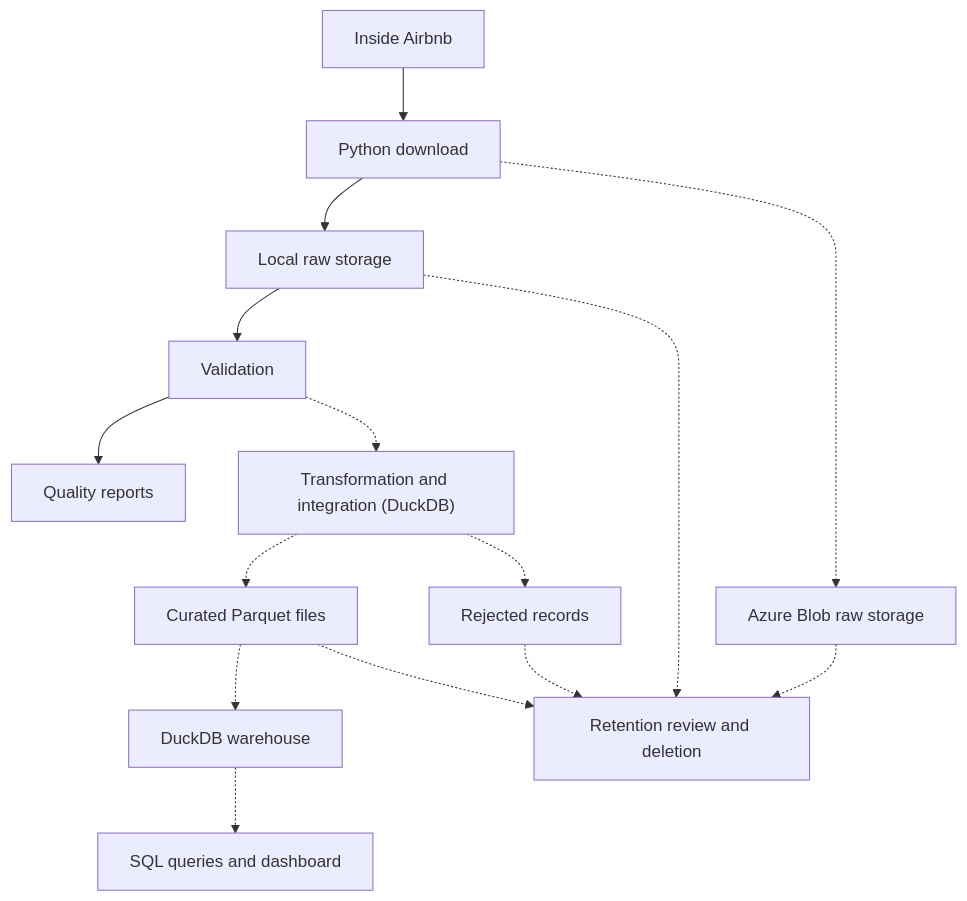
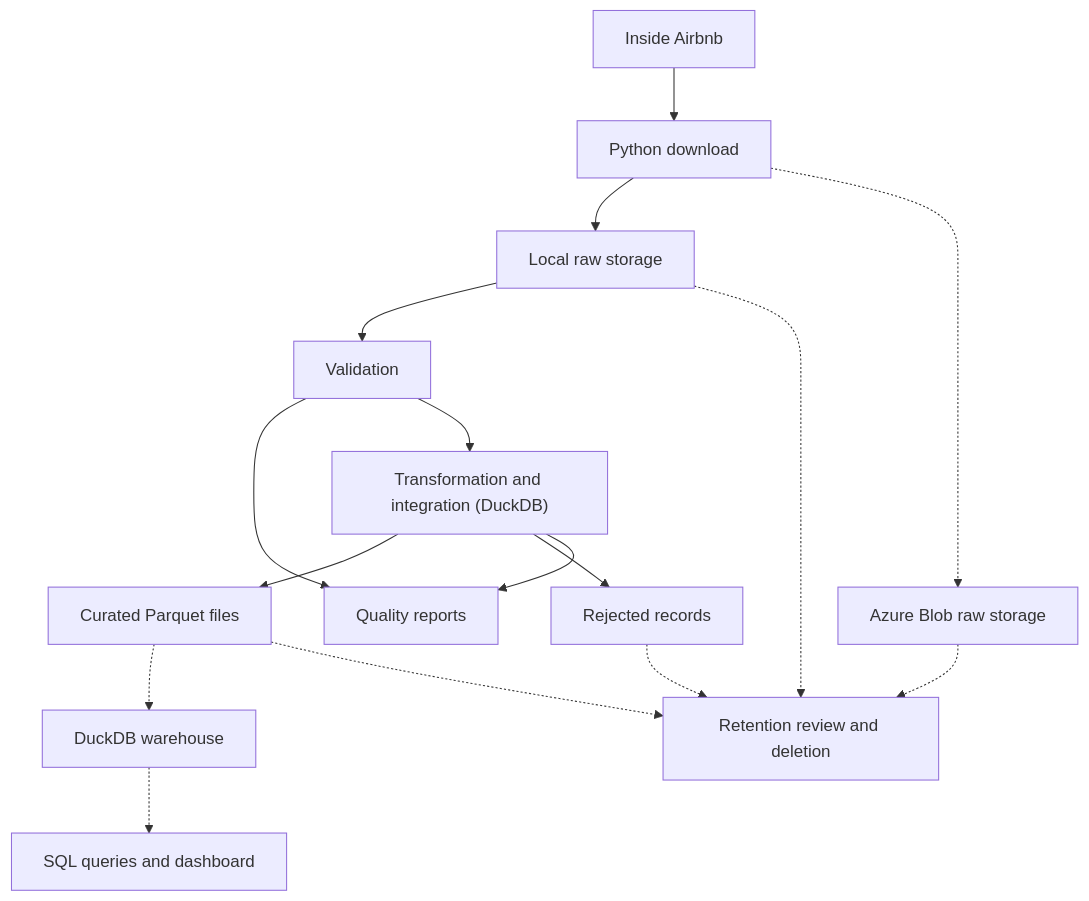
Before and after one commit to marihurtadolago/airbnb-project: the diagram in docs/lifecycle.md, drawn with Mermaid. The commit also changed other lines of this file and 14 other files, not shown here.

````diff
--- a/docs/lifecycle.md
+++ b/docs/lifecycle.md
@@ -114,19 +122,20 @@
 ```mermaid
 flowchart TD
     A["Inside Airbnb"] --> B["Python download"]
     B --> C["Local raw storage"]
     C --> D["Validation"]
     D --> E["Quality reports"]
 
     B -.-> F["Azure Blob raw storage"]
-    D -.-> G["Transformation and integration (DuckDB)"]
-    G -.-> H["Curated Parquet files"]
-    G -.-> I["Rejected records"]
+    D --> G["Transformation and integration (DuckDB)"]
+    G --> H["Curated Parquet files"]
+    G --> I["Rejected records"]
+    G --> E
     H -.-> J["DuckDB warehouse"]
     J -.-> K["SQL queries and dashboard"]
 
     C -.-> L["Retention review and deletion"]
     F -.-> L
     H -.-> L
     I -.-> L
 ```
````
